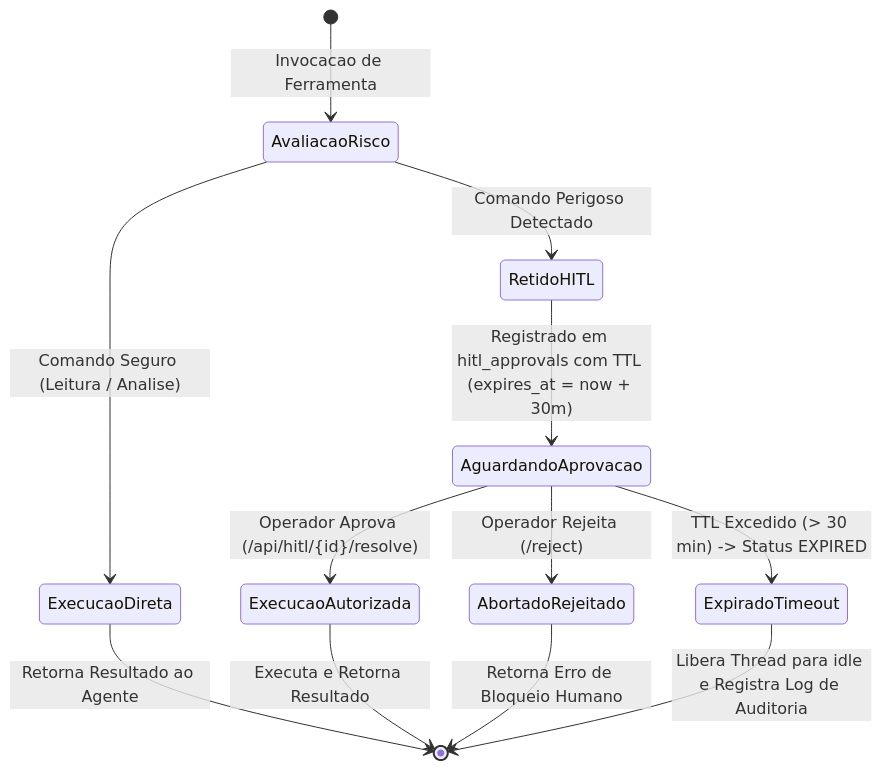
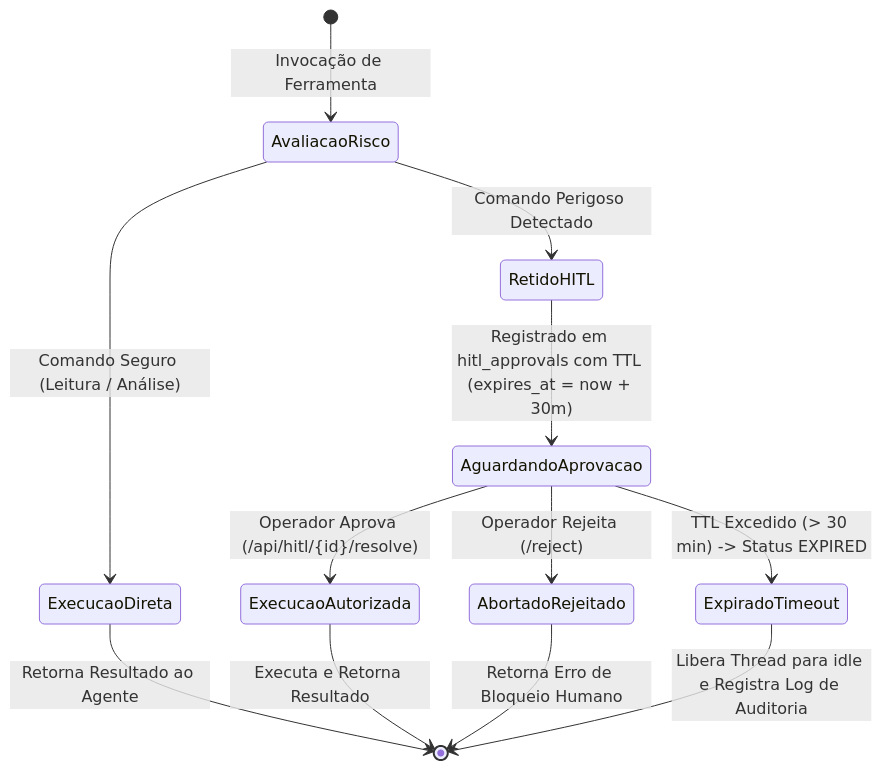
The third of 13 diagrams in ARCHITECTURE.md (lyonpamplona/piDots), drawn with Mermaid before and after one commit. The commit also changed other lines of this file and 1 other file, not shown here.

````diff
--- a/ARCHITECTURE.md
+++ b/ARCHITECTURE.md
@@ -130,18 +130,18 @@
 ```mermaid
 stateDiagram-v2
-    [*] --> AvaliacaoRisco: Invocacao de Ferramenta
+    [*] --> AvaliacaoRisco: Invocação de Ferramenta
     
-    AvaliacaoRisco --> ExecucaoDireta: Comando Seguro (Leitura / Analise)
+    AvaliacaoRisco --> ExecucaoDireta: Comando Seguro (Leitura / Análise)
     AvaliacaoRisco --> RetidoHITL: Comando Perigoso Detectado
     
     RetidoHITL --> AguardandoAprovacao: Registrado em hitl_approvals com TTL (expires_at = now + 30m)
     
     AguardandoAprovacao --> ExecucaoAutorizada: Operador Aprova (/api/hitl/{id}/resolve)
     AguardandoAprovacao --> AbortadoRejeitado: Operador Rejeita (/reject)
     AguardandoAprovacao --> ExpiradoTimeout: TTL Excedido (> 30 min) -> Status EXPIRED
     
     ExecucaoDireta --> [*]: Retorna Resultado ao Agente
     ExecucaoAutorizada --> [*]: Executa e Retorna Resultado
     AbortadoRejeitado --> [*]: Retorna Erro de Bloqueio Humano
     ExpiradoTimeout --> [*]: Libera Thread para idle e Registra Log de Auditoria
 ```
````
